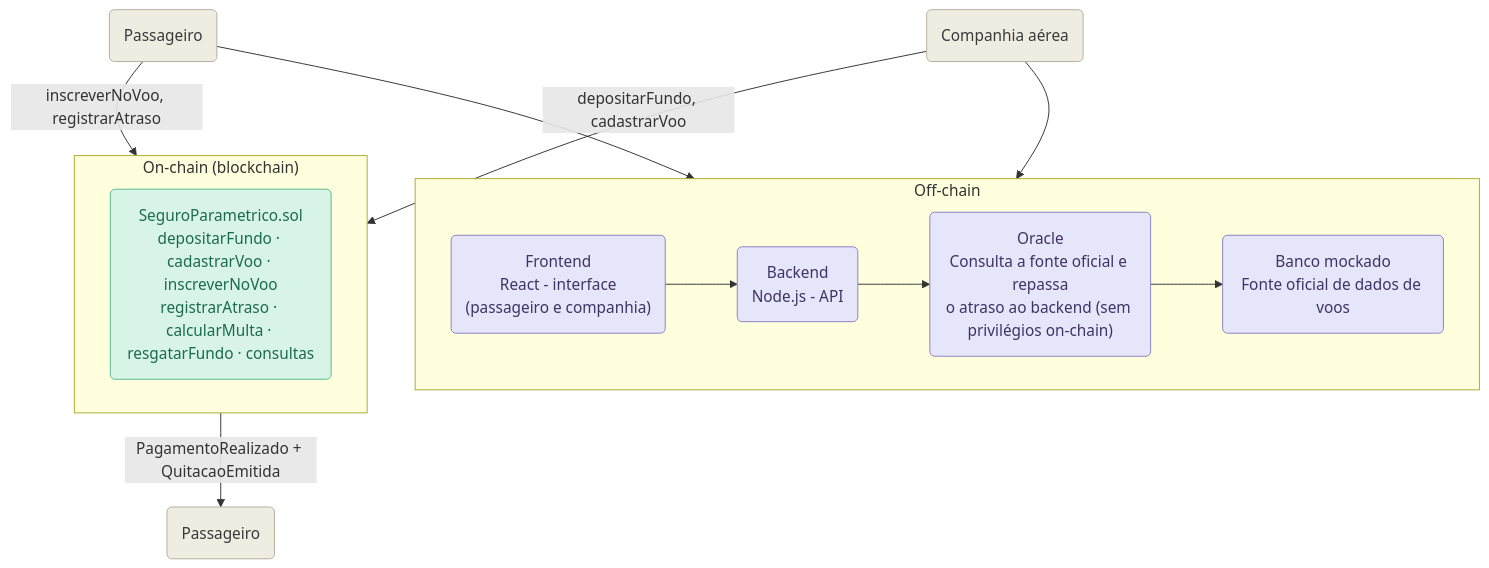
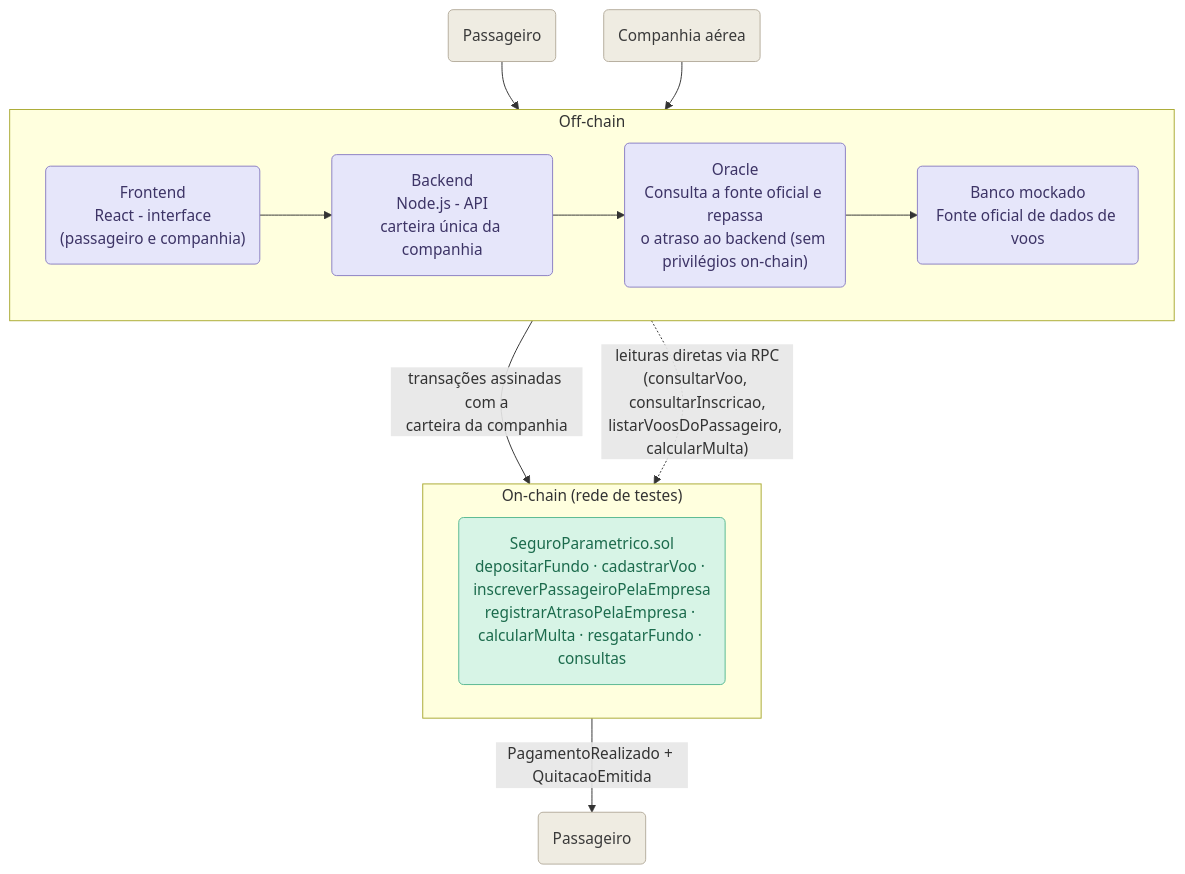
Before and after one commit to Joaogomesbrandao/AcordoInstant: the diagram in docs/diagrama-arquitetura-base.mmd, drawn with Mermaid. The commit also changed 24 other files, not shown here.

```diff
--- a/docs/diagrama-arquitetura-base.mmd
+++ b/docs/diagrama-arquitetura-base.mmd
@@ -1,36 +1,36 @@
 %% Diagrama de arquitetura no estilo do arquiteturaBase.jpeg,
-%% atualizado com os componentes e funções em desenvolvimento no AcordoInstant.
+%% atualizado com os componentes e funcoes implementados no AcordoInstant.
 flowchart TB
     Passageiro1("Passageiro")
     Companhia("Companhia aérea")
     Passageiro2("Passageiro")
 
     subgraph OFF["Off-chain"]
         direction LR
         Frontend("Frontend<br/>React - interface<br/>(passageiro e companhia)")
-        Backend("Backend<br/>Node.js - API")
+        Backend("Backend<br/>Node.js - API<br/>carteira única da companhia")
         Oracle("Oracle<br/>Consulta a fonte oficial e repassa<br/>o atraso ao backend (sem privilégios on-chain)")
         Banco("Banco mockado<br/>Fonte oficial de dados de voos")
         Frontend --> Backend
         Backend --> Oracle
         Oracle --> Banco
     end
 
-    subgraph ON["On-chain (blockchain)"]
+    subgraph ON["On-chain (rede de testes)"]
         direction LR
-        Seguro("SeguroParametrico.sol<br/>depositarFundo · cadastrarVoo · inscreverNoVoo<br/>registrarAtraso · calcularMulta · resgatarFundo · consultas")
+        Seguro("SeguroParametrico.sol<br/>depositarFundo · cadastrarVoo · inscreverPassageiroPelaEmpresa<br/>registrarAtrasoPelaEmpresa · calcularMulta · resgatarFundo · consultas")
     end
 
     Passageiro1 --> Frontend
     Companhia --> Frontend
-    Companhia -->|depositarFundo, cadastrarVoo| Seguro
-    Passageiro1 -->|inscreverNoVoo, registrarAtraso| Seguro
+    Backend -->|"transações assinadas com a<br/>carteira da companhia"| Seguro
+    Frontend -.->|"leituras diretas via RPC<br/>(consultarVoo, consultarInscricao,<br/>listarVoosDoPassageiro, calcularMulta)"| Seguro
     Seguro -->|PagamentoRealizado + QuitacaoEmitida| Passageiro2
 
     classDef offchain fill:#e6e6fa,stroke:#8a7fc4,color:#3d3466;
     classDef onchain fill:#d7f4e6,stroke:#57b892,color:#1c6b4d;
     classDef atores fill:#efece2,stroke:#b5ad9d,color:#3a3a3a;
 
     class Frontend,Backend,Oracle,Banco offchain;
     class Seguro onchain;
     class Passageiro1,Passageiro2,Companhia atores;
```
